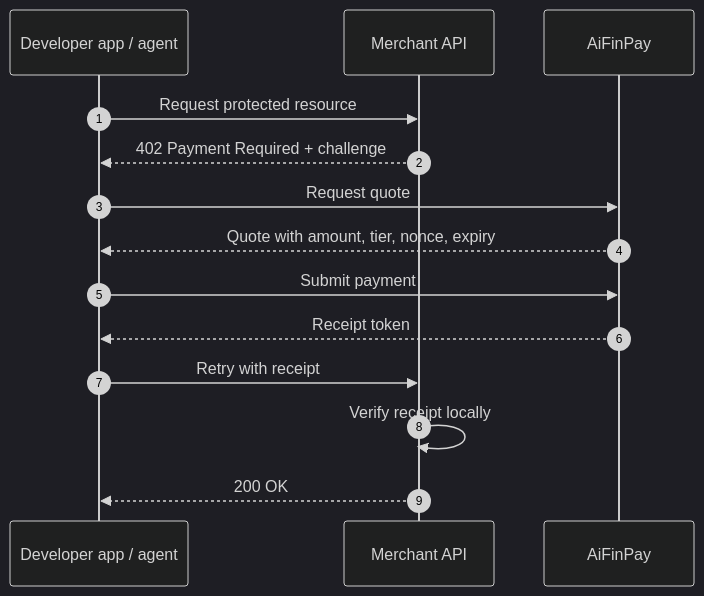
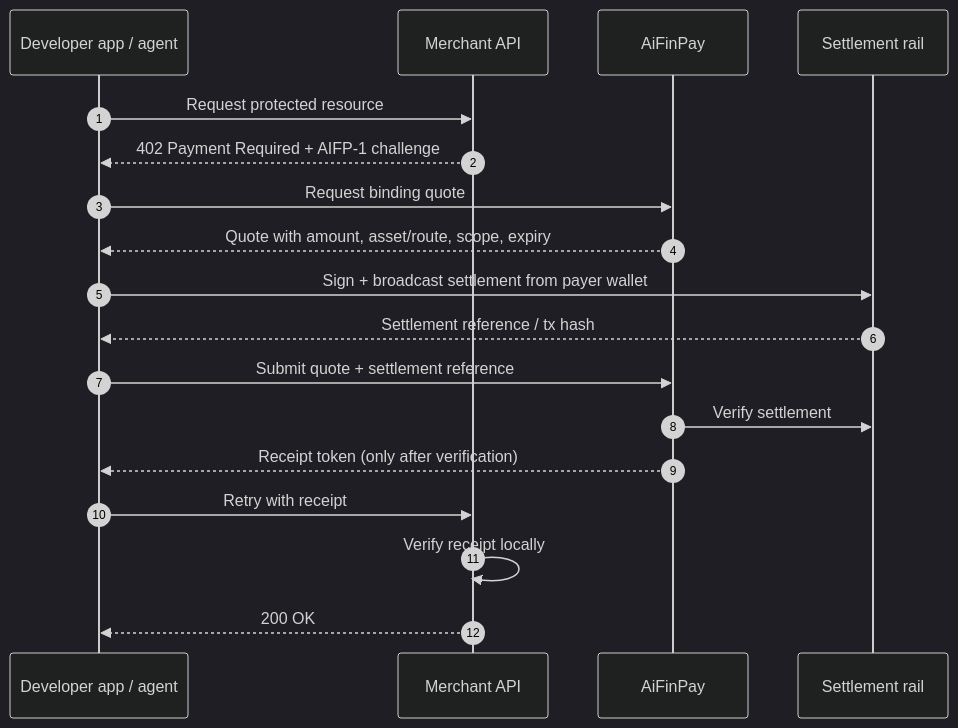
Before and after one commit to AiFinPay/AIFP-1: the diagram in docs/core-concepts/x402-flow.md, drawn with Mermaid (dark theme). The commit also changed other lines of this file and 43 other files, not shown here.

````diff
--- a/docs/core-concepts/x402-flow.md
+++ b/docs/core-concepts/x402-flow.md
@@ -20,17 +21,21 @@
 ```mermaid
 sequenceDiagram
     autonumber
     participant Client as Developer app / agent
     participant Merchant as Merchant API
     participant AIFP as AiFinPay
+    participant Chain as Settlement rail
 
     Client->>Merchant: Request protected resource
-    Merchant-->>Client: 402 Payment Required + challenge
-    Client->>AIFP: Request quote
-    AIFP-->>Client: Quote with amount, tier, nonce, expiry
-    Client->>AIFP: Submit payment
-    AIFP-->>Client: Receipt token
+    Merchant-->>Client: 402 Payment Required + AIFP-1 challenge
+    Client->>AIFP: Request binding quote
+    AIFP-->>Client: Quote with amount, asset/route, scope, expiry
+    Client->>Chain: Sign + broadcast settlement from payer wallet
+    Chain-->>Client: Settlement reference / tx hash
+    Client->>AIFP: Submit quote + settlement reference
+    AIFP->>Chain: Verify settlement
+    AIFP-->>Client: Receipt token (only after verification)
     Client->>Merchant: Retry with receipt
     Merchant->>Merchant: Verify receipt locally
     Merchant-->>Client: 200 OK
 ```
````
